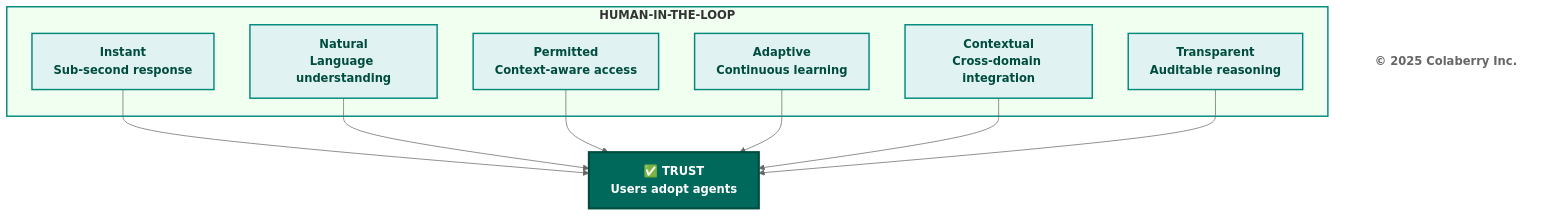
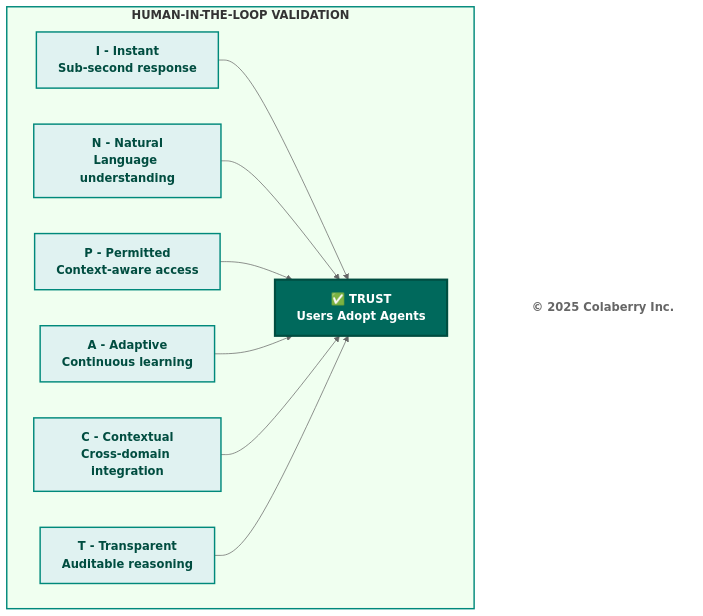
One commit to colaberry/trust-before-intelligence-book changed the second of 3 diagrams in manuscript/chapter_0_trust_before_intelligence_v2.md. Above: the diagram before and after it, drawn with Mermaid (neutral theme). The commit also changed other lines of this file and 3 other files, not shown here.

````diff
--- a/manuscript/chapter_0_trust_before_intelligence_v2.md
+++ b/manuscript/chapter_0_trust_before_intelligence_v2.md
@@ -172,30 +184,32 @@
 ```mermaid
 graph TB
-    subgraph HITL["<b>HUMAN-IN-THE-LOOP</b>"]
-        I["<b>Instant</b><br/><b>Sub-second response</b>"]
-        N["<b>Natural</b><br/><b>Language understanding</b>"]
-        P["<b>Permitted</b><br/><b>Context-aware access</b>"]
-        A["<b>Adaptive</b><br/><b>Continuous learning</b>"]
-        C["<b>Contextual</b><br/><b>Cross-domain integration</b>"]
-        T["<b>Transparent</b><br/><b>Auditable reasoning</b>"]
+    subgraph HITL["<b>HUMAN-IN-THE-LOOP VALIDATION</b>"]
+        I["<b>I - Instant</b><br/><b>Sub-second response</b>"]
+        N["<b>N - Natural</b><br/><b>Language understanding</b>"]
+        P["<b>P - Permitted</b><br/><b>Context-aware access</b>"]
+        A["<b>A - Adaptive</b><br/><b>Continuous learning</b>"]
+        C["<b>C - Contextual</b><br/><b>Cross-domain integration</b>"]
+        T["<b>T - Transparent</b><br/><b>Auditable reasoning</b>"]
+        
+        Trust["<b>✅ TRUST</b><br/><b>Users Adopt Agents</b>"]
     end
     
-    I --> Trust["<b>✅ TRUST</b><br/><b>Users adopt agents</b>"]
+    I --> Trust
     N --> Trust
     P --> Trust
     A --> Trust
     C --> Trust
     T --> Trust
     
     Copyright["<b>© 2025 Colaberry Inc.</b>"]
     
     style HITL fill:#f0fff0,stroke:#00897b,stroke-width:2px
     style I fill:#e0f2f1,stroke:#00897b,stroke-width:2px,color:#004d40
     style N fill:#e0f2f1,stroke:#00897b,stroke-width:2px,color:#004d40
     style P fill:#e0f2f1,stroke:#00897b,stroke-width:2px,color:#004d40
     style A fill:#e0f2f1,stroke:#00897b,stroke-width:2px,color:#004d40
     style C fill:#e0f2f1,stroke:#00897b,stroke-width:2px,color:#004d40
     style T fill:#e0f2f1,stroke:#00897b,stroke-width:2px,color:#004d40
     style Trust fill:#00695c,color:#ffffff,stroke:#004d40,stroke-width:3px
     style Copyright fill:#ffffff,stroke:none,color:#666666
 ```
````
